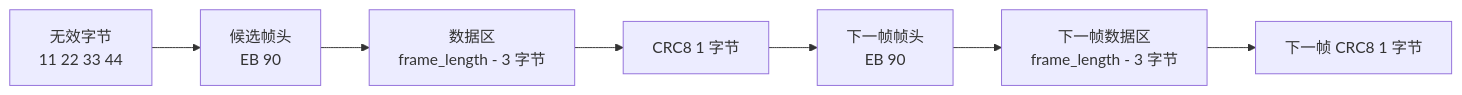
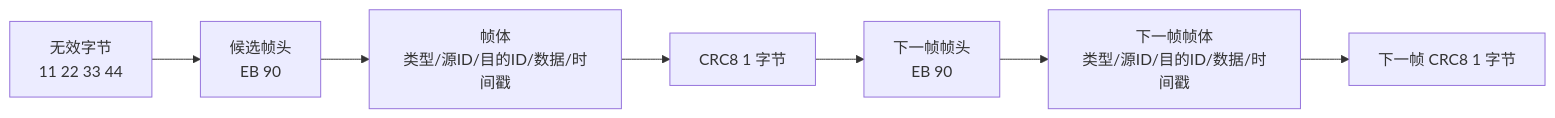
One commit to ecuster21/MissionComputerTeach changed the diagram in docs/frame_sync/05_字节流示例.md. Above: the diagram before and after it, drawn with Mermaid. The commit also changed 7 other files, not shown here.

````diff
--- a/docs/frame_sync/05_字节流示例.md
+++ b/docs/frame_sync/05_字节流示例.md
@@ -5,9 +5,9 @@
 ```mermaid
 flowchart LR
     A[无效字节<br/>11 22 33 44] --> B[候选帧头<br/>EB 90]
-    B --> C[数据区<br/>frame_length - 3 字节]
+    B --> C[帧体<br/>类型/源ID/目的ID/数据/时间戳]
     C --> D[CRC8 1 字节]
     D --> E[下一帧帧头<br/>EB 90]
-    E --> F[下一帧数据区<br/>frame_length - 3 字节]
+    E --> F[下一帧帧体<br/>类型/源ID/目的ID/数据/时间戳]
     F --> G[下一帧 CRC8 1 字节]
 ```
````
